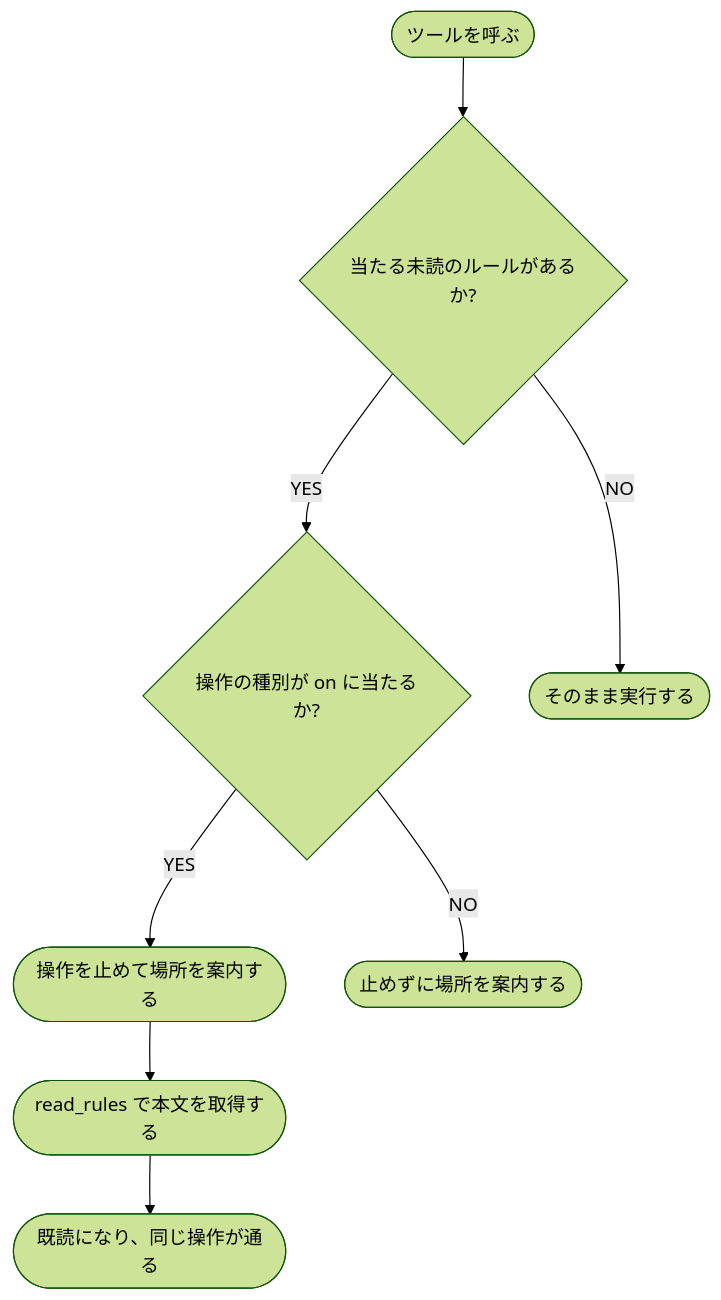
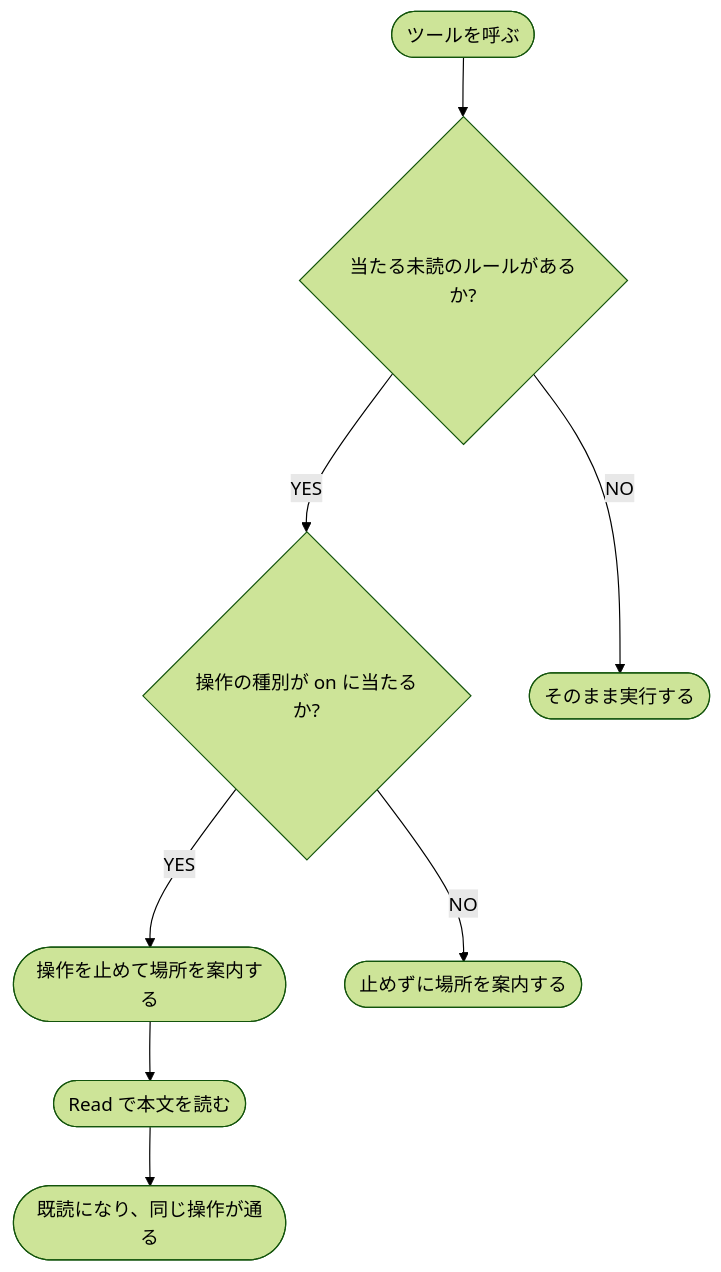
One commit to shuhei1101/rule-inject changed the diagram in docs/はじめに/コアコンセプト/ルールの案内.md. Above: the diagram before and after it, drawn with Mermaid (forest theme). The commit also changed other lines of this file and 10 other files, not shown here.

Commit message:
docs: MCP サーバーと read_rules の記述を外し、ルールの本文を Read で読む形に合わせる

````diff
--- a/docs/はじめに/コアコンセプト/ルールの案内.md
+++ b/docs/はじめに/コアコンセプト/ルールの案内.md
@@ -8,19 +8,19 @@
 ```mermaid
 flowchart TD
   START([ツールを呼ぶ])
   Q0{当たる未読のルールがあるか?}
   Q1{操作の種別が on に当たるか?}
   A1([操作を止めて場所を案内する])
   A2([止めずに場所を案内する])
   R1([そのまま実行する])
-  R2([read_rules で本文を取得する])
+  R2([Read で本文を読む])
   R3([既読になり、同じ操作が通る])
 
   START --> Q0
   Q0 -->|NO| R1
   Q0 -->|YES| Q1
   Q1 -->|YES| A1
   Q1 -->|NO| A2
   A1 --> R2
   R2 --> R3
 ```
````
